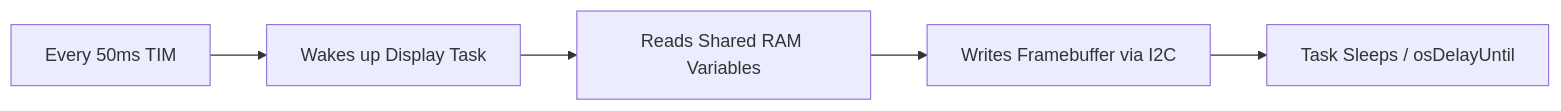
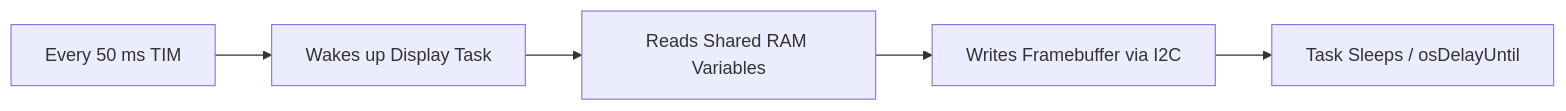
The third of 3 diagrams in README.md (kuntzaxel43/WaveGenerator), drawn with Mermaid before and after one commit. The commit also changed other lines of this file and 1 other file, not shown here.

````diff
--- a/README.md
+++ b/README.md
@@ -97,7 +95,7 @@
 ```mermaid
 graph LR
-    A[Every 50ms TIM] --> B[Wakes up Display Task]
+    A[Every 50 ms TIM] --> B[Wakes up Display Task]
     B --> C[Reads Shared RAM Variables]
     C --> D[Writes Framebuffer via I2C]
     D --> E[Task Sleeps / osDelayUntil]
 ```
````
